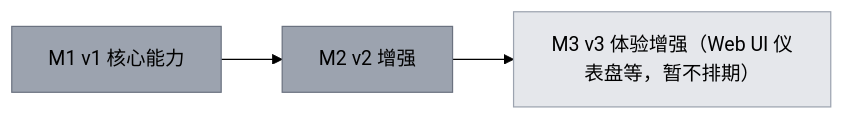
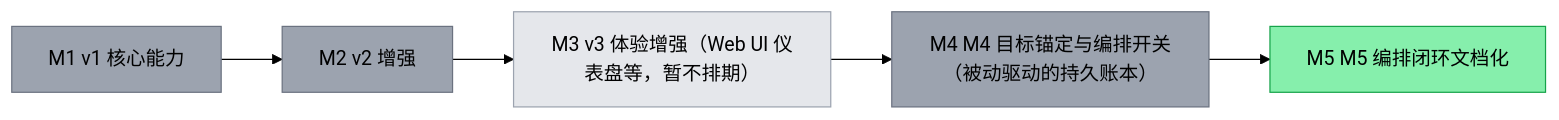
One commit to happy520ai/pm-mcp changed the diagram in PROJECT.md. Above: the diagram before and after it, drawn with Mermaid (forest theme). The commit also changed other lines of this file and 63 other files, not shown here.

````diff
--- a/PROJECT.md
+++ b/PROJECT.md
@@ -9,12 +9,16 @@
 ```mermaid
 flowchart LR
   M1["M1 v1 核心能力"]:::done
   M2["M2 v2 增强"]:::done
   M3["M3 v3 体验增强（Web UI 仪表盘等，暂不排期）"]:::planned
+  M4["M4 M4 目标锚定与编排开关（被动驱动的持久账本）"]:::done
+  M5["M5 M5 编排闭环文档化"]:::active
   M1 --> M2
   M2 --> M3
+  M3 --> M4
+  M4 --> M5
   classDef done fill:#9ca3af,stroke:#6b7280
   classDef active fill:#86efac,stroke:#16a34a
   classDef planned fill:#e5e7eb,stroke:#9ca3af
   classDef paused fill:#fde68a,stroke:#d97706
 ```
````
